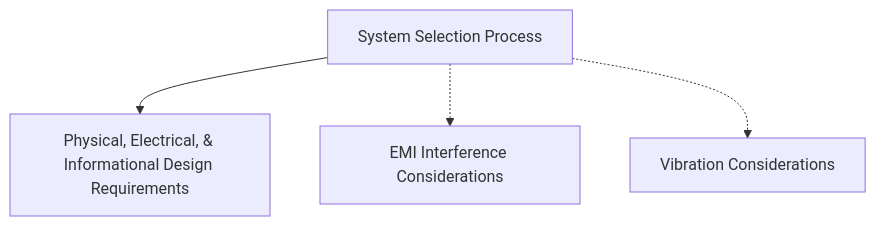
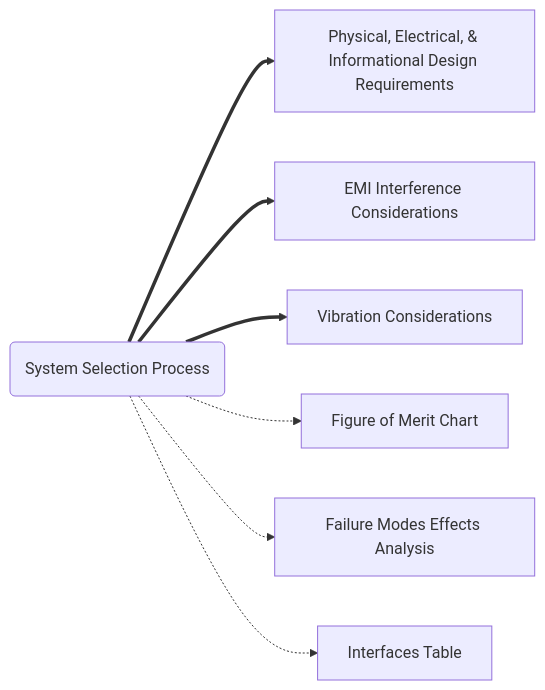
The diagram in Section 2 System Design and Selection.md (UA-ACUASI-Engineering/Payload_Integration), drawn with Mermaid before and after one commit. The commit also changed other lines of this file and 9 other files, not shown here.

````diff
--- a/Section 2 System Design and Selection.md
+++ b/Section 2 System Design and Selection.md
@@ -14,7 +14,10 @@
 ```mermaid
-graph TD
+graph LR
+    Sel(System Selection Process) ==> Req[Physical, Electrical, & Informational Design Requirements]
+    Sel ==> EMI[EMI Interference Considerations]
+    Sel ==> Vib[Vibration Considerations]
+    Sel -.-> FOM[Figure of Merit Chart]
+    Sel -.-> FMEA[Failure Modes Effects Analysis]
+    Sel -.-> Int[Interfaces Table]
 
-Sel[System Selection Process] --> Req[Physical, Electrical, & Informational Design Requirements]
-Sel -.-> EMI[EMI Interference Considerations]
-Sel -.-> Vib[Vibration Considerations]
 ```
````
